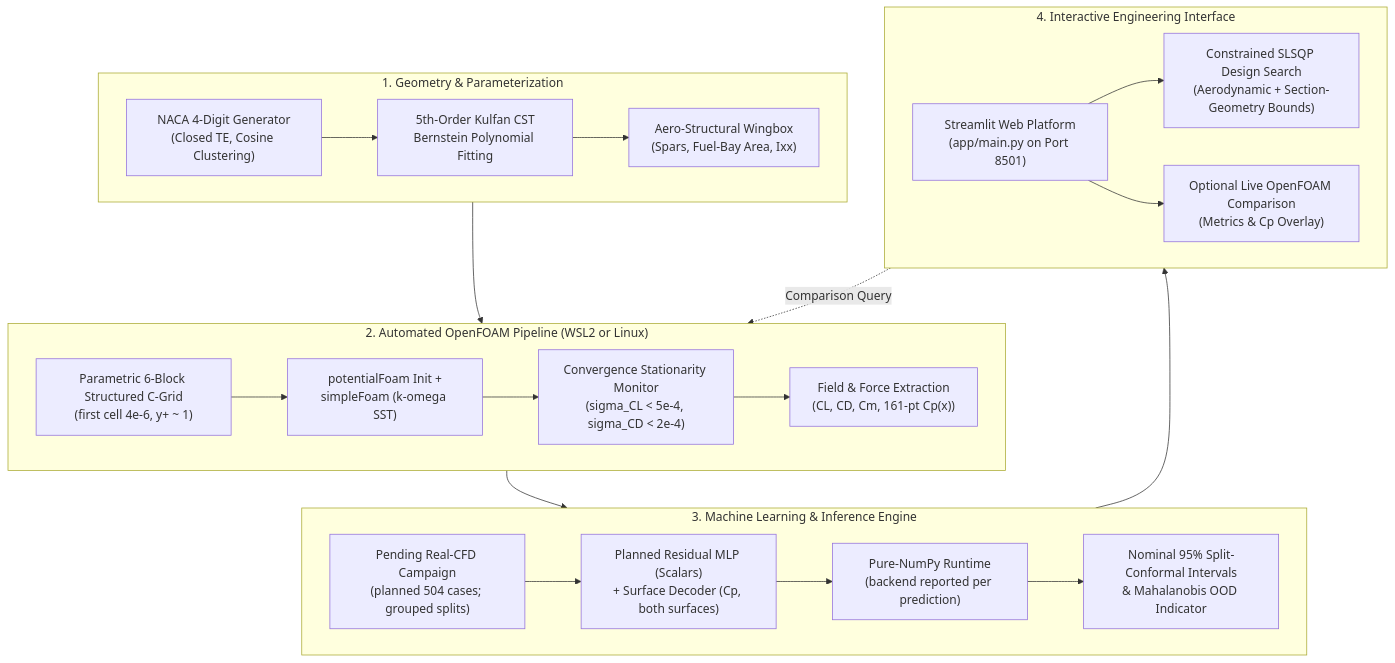
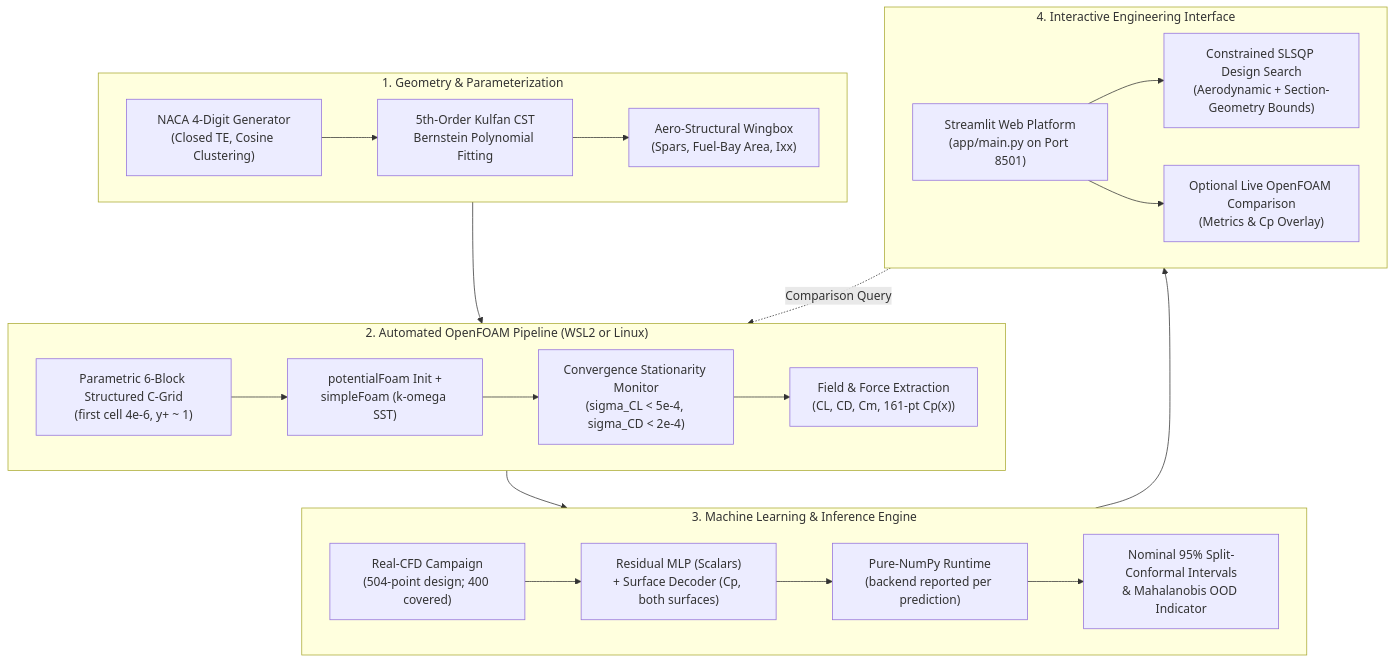
One commit to BLACKNIGHT-cloud12/NeuroFoil-Core changed the diagram in README.md. Above: the diagram before and after it, drawn with Mermaid. The commit also changed other lines of this file and 16 other files, not shown here.

````diff
--- a/README.md
+++ b/README.md
@@ -63,30 +69,30 @@
 ```mermaid
 flowchart TD
     subgraph Geometry["1. Geometry & Parameterization"]
         A["NACA 4-Digit Generator\n(Closed TE, Cosine Clustering)"] --> B["5th-Order Kulfan CST\nBernstein Polynomial Fitting"]
         B --> C["Aero-Structural Wingbox\n(Spars, Fuel-Bay Area, Ixx)"]
     end
 
     subgraph CFD["2. Automated OpenFOAM Pipeline (WSL2 or Linux)"]
         D["Parametric 6-Block Structured C-Grid\n(first cell 4e-6, y+ ~ 1)"] --> E["potentialFoam Init +\nsimpleFoam (k-omega SST)"]
         E --> F["Convergence Stationarity Monitor\n(sigma_CL < 5e-4, sigma_CD < 2e-4)"]
         F --> G["Field & Force Extraction\n(CL, CD, Cm, 161-pt Cp(x))"]
     end
 
     subgraph SciML["3. Machine Learning & Inference Engine"]
-        H["Pending Real-CFD Campaign\n(planned 504 cases; grouped splits)"] --> I["Planned Residual MLP (Scalars)\n+ Surface Decoder (Cp, both surfaces)"]
+        H["Real-CFD Campaign\n(504-point design; 400 covered)"] --> I["Residual MLP (Scalars)\n+ Surface Decoder (Cp, both surfaces)"]
         I --> J["Pure-NumPy Runtime\n(backend reported per prediction)"]
         J --> K["Nominal 95% Split-Conformal Intervals\n& Mahalanobis OOD Indicator"]
     end
 
     subgraph Application["4. Interactive Engineering Interface"]
         L["Streamlit Web Platform\n(app/main.py on Port 8501)"]
         L --> M["Constrained SLSQP Design Search\n(Aerodynamic + Section-Geometry Bounds)"]
         L --> N["Optional Live OpenFOAM Comparison\n(Metrics & Cp Overlay)"]
     end
 
     Geometry --> CFD
     CFD --> SciML
     SciML --> Application
     Application -.->|Comparison Query| CFD
 ```
````
